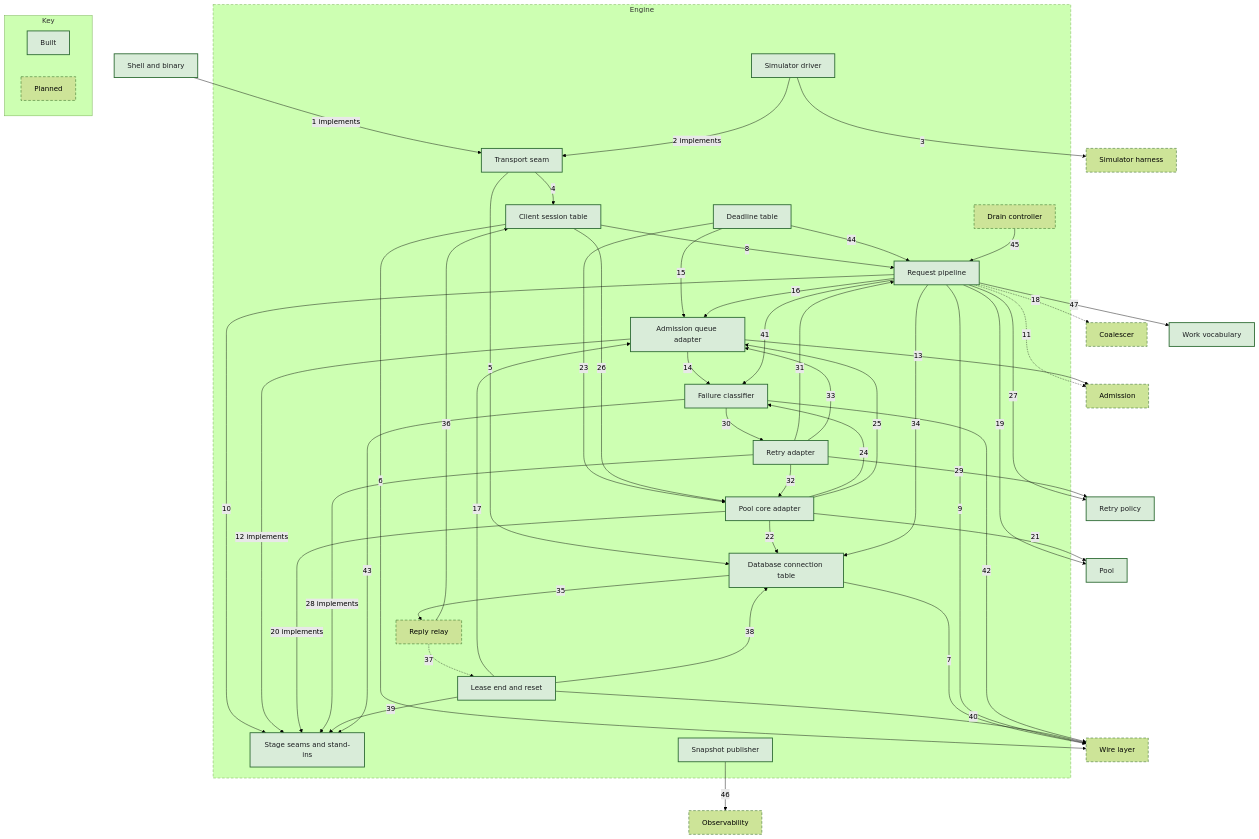
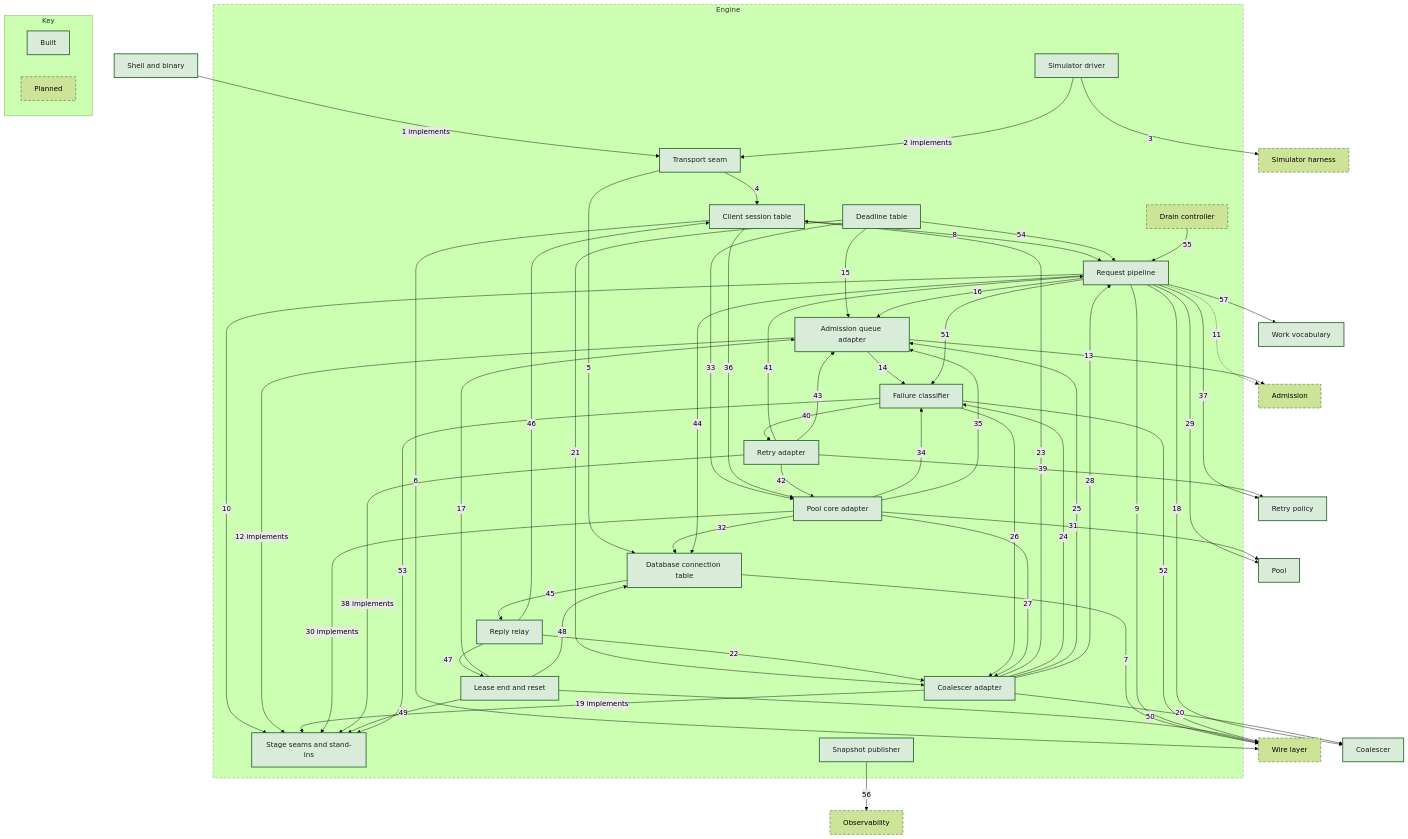
Before and after one commit to nickstrad/mini-gateway: the diagram in docs/c4/diagrams/05-component-engine.mmd, drawn with Mermaid (forest theme). The commit also changed 19 other files, not shown here.

First line of the commit message:
c4: Mark the coalescer built and bring its diagrams up to the code

```diff
--- a/docs/c4/diagrams/05-component-engine.mmd
+++ b/docs/c4/diagrams/05-component-engine.mmd
@@ -1,81 +1,92 @@
 flowchart TB
   N_SHELL["Shell and binary"]:::built
   N_SIM["Simulator harness"]:::planned
   N_PGWIRE["Wire layer"]:::planned
   N_ADM["Admission"]:::planned
-  N_COAL["Coalescer"]:::planned
+  N_COAL["Coalescer"]:::built
   N_POOL["Pool"]:::built
   N_RETRY["Retry policy"]:::built
   N_OBS["Observability"]:::planned
   N_WORK["Work vocabulary"]:::built
   subgraph SCOPE["Engine"]
     E_TRANSPORT["Transport seam"]:::built
     E_SESSIONS["Client session table"]:::built
     E_BACKENDS["Database connection table"]:::built
     E_PIPELINE["Request pipeline"]:::built
     E_SEAMS["Stage seams and stand-ins"]:::built
     E_RESET["Lease end and reset"]:::built
-    E_RELAY["Reply relay"]:::planned
+    E_RELAY["Reply relay"]:::built
     E_FAIL["Failure classifier"]:::built
     E_CLOCK["Deadline table"]:::built
     E_DRAIN["Drain controller"]:::planned
     E_PUBLISH["Snapshot publisher"]:::built
     E_PROXYSIM["Simulator driver"]:::built
     E_ADMQ["Admission queue adapter"]:::built
     E_COREPOOL["Pool core adapter"]:::built
     E_RETRY["Retry adapter"]:::built
+    E_COAL["Coalescer adapter"]:::built
   end
   N_SHELL -->|1 implements| E_TRANSPORT
   E_PROXYSIM -->|2 implements| E_TRANSPORT
   E_PROXYSIM -->|3| N_SIM
   E_TRANSPORT -->|4| E_SESSIONS
   E_TRANSPORT -->|5| E_BACKENDS
   E_SESSIONS -->|6| N_PGWIRE
   E_BACKENDS -->|7| N_PGWIRE
   E_SESSIONS -->|8| E_PIPELINE
   E_PIPELINE -->|9| N_PGWIRE
   E_PIPELINE -->|10| E_SEAMS
   E_PIPELINE -.->|11| N_ADM
   E_ADMQ -->|12 implements| E_SEAMS
   E_ADMQ -->|13| N_ADM
   E_ADMQ -->|14| E_FAIL
   E_CLOCK -->|15| E_ADMQ
   E_PIPELINE -->|16| E_ADMQ
   E_RESET -->|17| E_ADMQ
-  E_PIPELINE -.->|18| N_COAL
-  E_PIPELINE -->|19| N_POOL
-  E_COREPOOL -->|20 implements| E_SEAMS
-  E_COREPOOL -->|21| N_POOL
-  E_COREPOOL -->|22| E_BACKENDS
-  E_CLOCK -->|23| E_COREPOOL
-  E_COREPOOL -->|24| E_FAIL
-  E_COREPOOL -->|25| E_ADMQ
-  E_SESSIONS -->|26| E_COREPOOL
-  E_PIPELINE -->|27| N_RETRY
-  E_RETRY -->|28 implements| E_SEAMS
-  E_RETRY -->|29| N_RETRY
-  E_FAIL -->|30| E_RETRY
-  E_RETRY -->|31| E_PIPELINE
-  E_RETRY -->|32| E_COREPOOL
-  E_RETRY -->|33| E_ADMQ
-  E_PIPELINE -->|34| E_BACKENDS
-  E_BACKENDS -->|35| E_RELAY
-  E_RELAY -->|36| E_SESSIONS
-  E_RELAY -.->|37| E_RESET
-  E_RESET -->|38| E_BACKENDS
-  E_RESET -->|39| E_SEAMS
-  E_RESET -->|40| N_PGWIRE
-  E_PIPELINE -->|41| E_FAIL
-  E_FAIL -->|42| N_PGWIRE
-  E_FAIL -->|43| E_SEAMS
-  E_CLOCK -->|44| E_PIPELINE
-  E_DRAIN -->|45| E_PIPELINE
-  E_PUBLISH -->|46| N_OBS
-  E_PIPELINE -->|47| N_WORK
+  E_PIPELINE -->|18| N_COAL
+  E_COAL -->|19 implements| E_SEAMS
+  E_COAL -->|20| N_COAL
+  E_CLOCK -->|21| E_COAL
+  E_RELAY -->|22| E_COAL
+  E_COAL -->|23| E_SESSIONS
+  E_COAL -->|24| E_FAIL
+  E_COAL -->|25| E_ADMQ
+  E_FAIL -->|26| E_COAL
+  E_COREPOOL -->|27| E_COAL
+  E_COAL -->|28| E_PIPELINE
+  E_PIPELINE -->|29| N_POOL
+  E_COREPOOL -->|30 implements| E_SEAMS
+  E_COREPOOL -->|31| N_POOL
+  E_COREPOOL -->|32| E_BACKENDS
+  E_CLOCK -->|33| E_COREPOOL
+  E_COREPOOL -->|34| E_FAIL
+  E_COREPOOL -->|35| E_ADMQ
+  E_SESSIONS -->|36| E_COREPOOL
+  E_PIPELINE -->|37| N_RETRY
+  E_RETRY -->|38 implements| E_SEAMS
+  E_RETRY -->|39| N_RETRY
+  E_FAIL -->|40| E_RETRY
+  E_RETRY -->|41| E_PIPELINE
+  E_RETRY -->|42| E_COREPOOL
+  E_RETRY -->|43| E_ADMQ
+  E_PIPELINE -->|44| E_BACKENDS
+  E_BACKENDS -->|45| E_RELAY
+  E_RELAY -->|46| E_SESSIONS
+  E_RELAY -->|47| E_RESET
+  E_RESET -->|48| E_BACKENDS
+  E_RESET -->|49| E_SEAMS
+  E_RESET -->|50| N_PGWIRE
+  E_PIPELINE -->|51| E_FAIL
+  E_FAIL -->|52| N_PGWIRE
+  E_FAIL -->|53| E_SEAMS
+  E_CLOCK -->|54| E_PIPELINE
+  E_DRAIN -->|55| E_PIPELINE
+  E_PUBLISH -->|56| N_OBS
+  E_PIPELINE -->|57| N_WORK
   subgraph KEY["Key"]
     KEY_BUILT["Built"]:::built
     KEY_PLANNED["Planned"]:::planned
   end
   classDef built fill:#d9ecd9,stroke:#2e6b34,stroke-width:2px,color:#1c1e21
   classDef planned stroke-width:1px,stroke-dasharray:6 4
   style SCOPE stroke-dasharray:6 4
```
